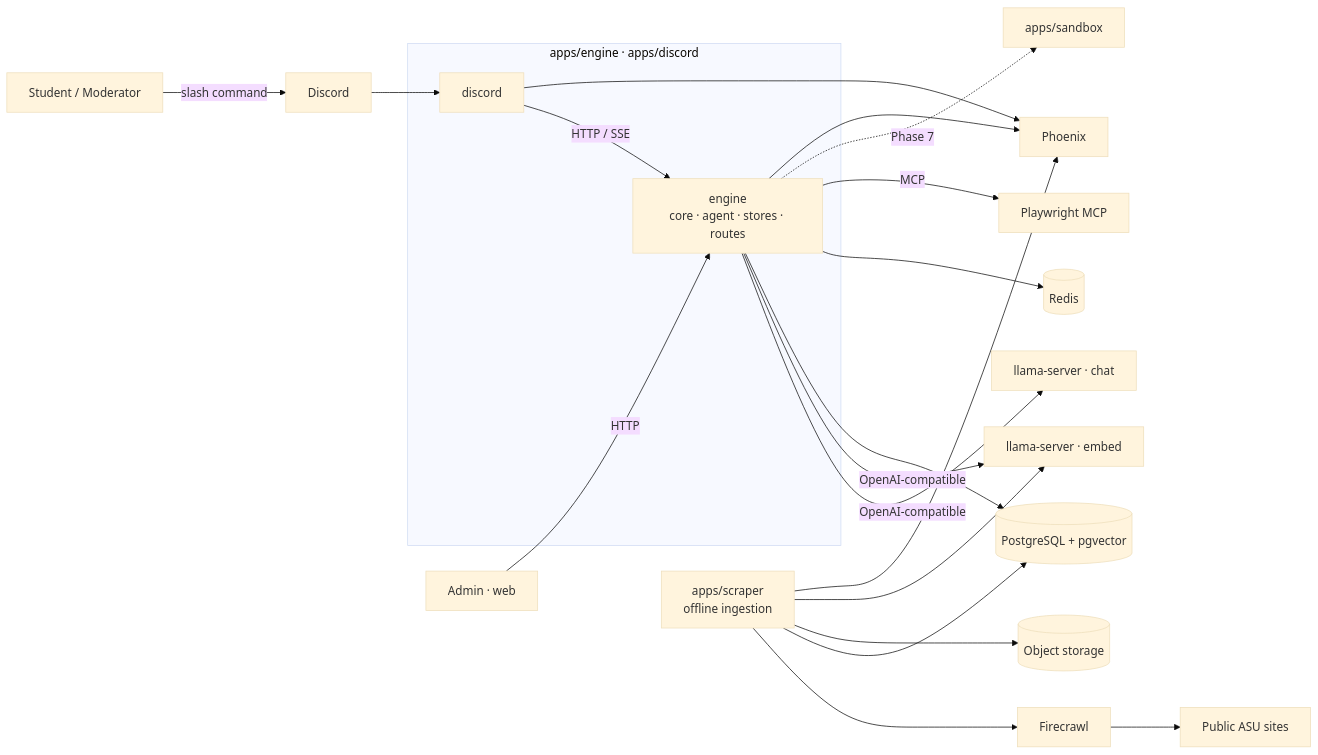
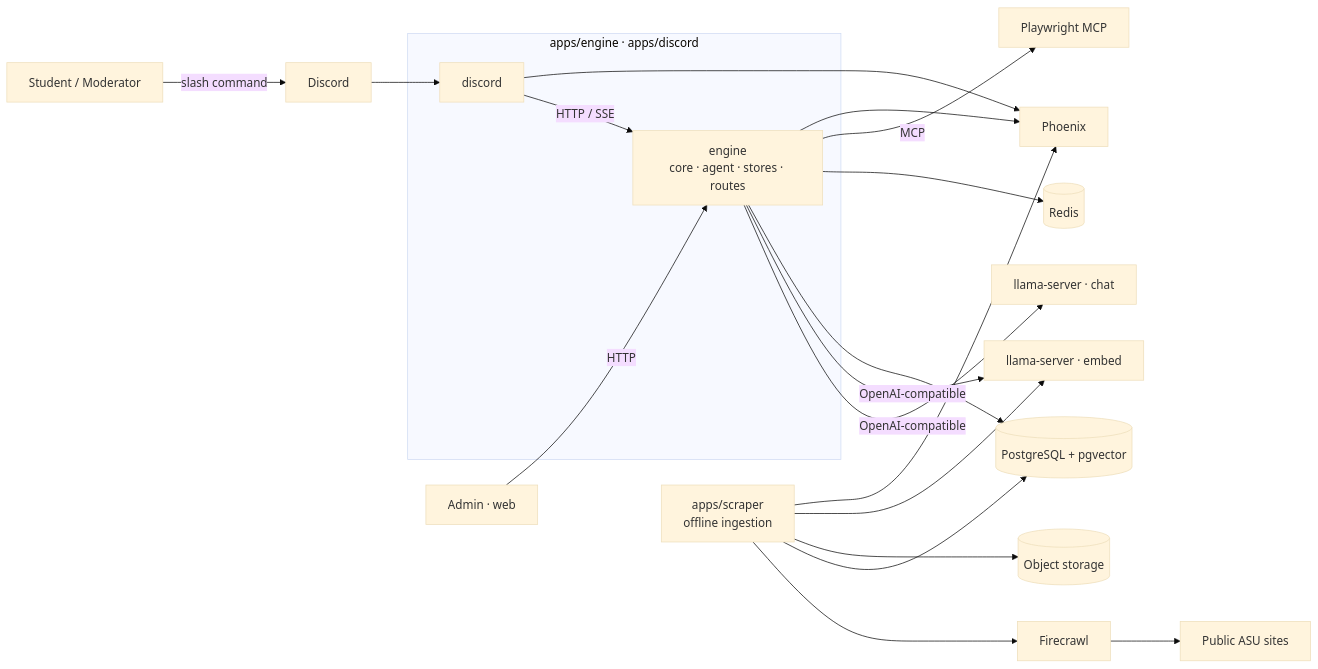
Before and after one commit to ashworks1706/SparkyAI: the diagram in docs/ARCHITECTURE.md, drawn with Mermaid (base theme). The commit also changed other lines of this file and 60 other files, not shown here.

First line of the commit message:
cli: developer console; drop the sandbox app

````diff
--- a/docs/ARCHITECTURE.md
+++ b/docs/ARCHITECTURE.md
@@ -75,29 +74,28 @@
 ```mermaid
 flowchart LR
     U[Student / Moderator] -->|slash command| D[Discord]
     A[Admin · web] -->|HTTP| APP
 
     subgraph rust [apps/engine · apps/discord]
         BOT[discord]
         APP[engine<br/>core · agent · stores · routes]
     end
     D --> BOT
     BOT -->|HTTP / SSE| APP
 
     APP -->|OpenAI-compatible| OLL[llama-server · chat]
     APP -->|OpenAI-compatible| EMB[llama-server · embed]
     APP --> PG[(PostgreSQL + pgvector)]
     APP --> RD[(Redis)]
     APP -->|MCP| MCP[Playwright MCP]
-    APP -.->|Phase 7| BW[apps/sandbox]
 
     ING[apps/scraper<br/>offline ingestion] --> FC[Firecrawl]
     FC --> WEB[Public ASU sites]
     ING --> PG
     ING --> S3[(Object storage)]
     ING --> EMB
 
     APP --> PX[Phoenix]
     BOT --> PX
     ING --> PX
 ```
````
